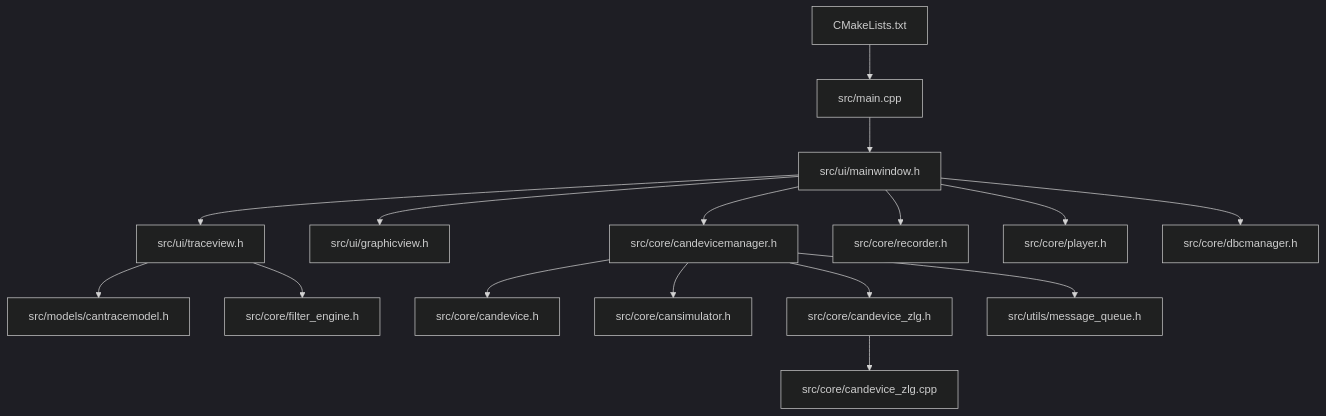
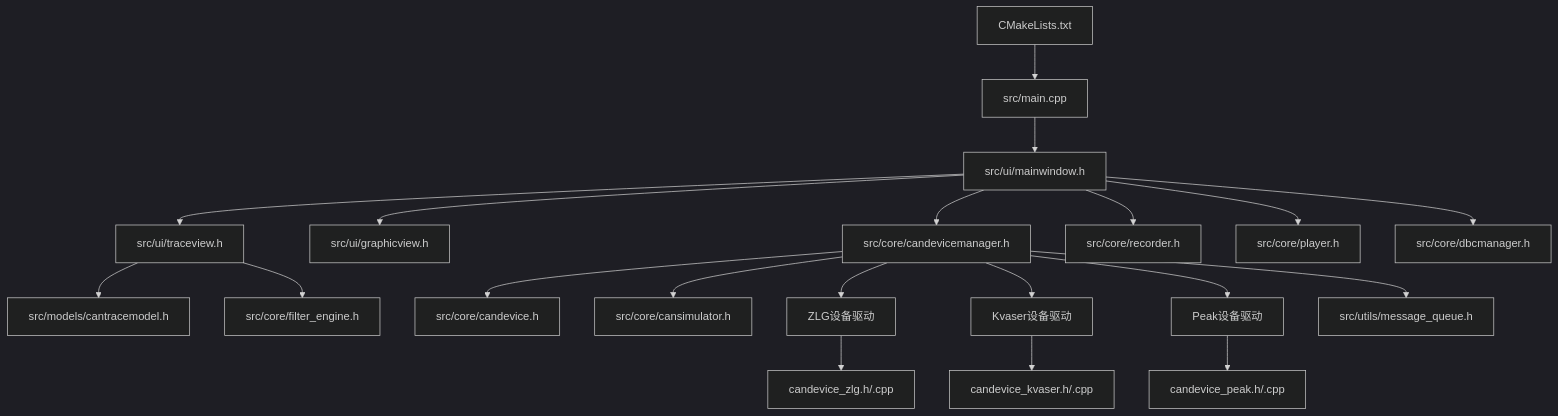
One commit to jakecai1225-design/OpenBus changed the first of 10 diagrams in .qoder/repowiki/zh/content/核心模块详解/CAN设备管理系统.md. Above: the diagram before and after it, drawn with Mermaid (dark theme). The commit also changed other lines of this file and 40 other files, not shown here.

````diff
--- a/.qoder/repowiki/zh/content/核心模块详解/CAN设备管理系统.md
+++ b/.qoder/repowiki/zh/content/核心模块详解/CAN设备管理系统.md
@@ -58,18 +62,22 @@
 ```mermaid
 graph TB
 A["CMakeLists.txt"] --> B["src/main.cpp"]
 B --> C["src/ui/mainwindow.h"]
 C --> D["src/ui/traceview.h"]
 C --> E["src/ui/graphicview.h"]
 C --> F["src/core/candevicemanager.h"]
 F --> G["src/core/candevice.h"]
 F --> H["src/core/cansimulator.h"]
-F --> I["src/core/candevice_zlg.h"]
-I --> J["src/core/candevice_zlg.cpp"]
-D --> K["src/models/cantracemodel.h"]
-D --> L["src/core/filter_engine.h"]
-C --> M["src/core/recorder.h"]
-C --> N["src/core/player.h"]
-C --> O["src/core/dbcmanager.h"]
-F --> P["src/utils/message_queue.h"]
+F --> I["ZLG设备驱动"]
+F --> J["Kvaser设备驱动"]
+F --> K["Peak设备驱动"]
+I --> L["candevice_zlg.h/.cpp"]
+J --> M["candevice_kvaser.h/.cpp"]
+K --> N["candevice_peak.h/.cpp"]
+D --> O["src/models/cantracemodel.h"]
+D --> P["src/core/filter_engine.h"]
+C --> Q["src/core/recorder.h"]
+C --> R["src/core/player.h"]
+C --> S["src/core/dbcmanager.h"]
+F --> T["src/utils/message_queue.h"]
 ```
````
